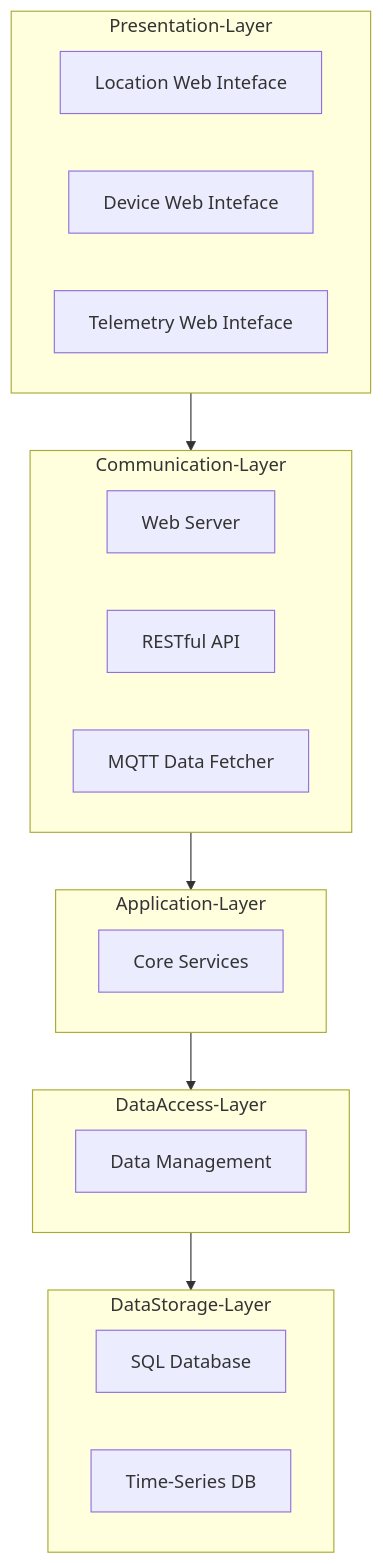
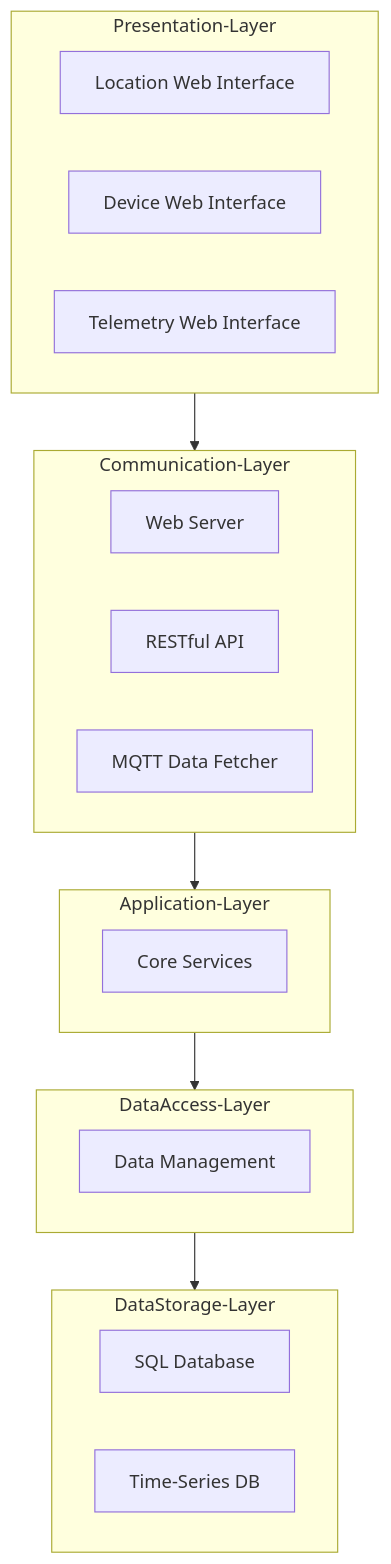
The first of 2 diagrams in README.md (Distributed-IoT-Software-Arch-Course/iot-monolithic-arch-playground), drawn with Mermaid before and after one commit.

Commit message:
Minor README changes

````diff
--- a/README.md
+++ b/README.md
@@ -17,32 +17,32 @@
 ```mermaid
 graph TD
   subgraph Presentation-Layer
-    A1[Location Web Inteface]
-    A2[Device Web Inteface]
-    A3[Telemetry Web Inteface]
+    A1[Location Web Interface]
+    A2[Device Web Interface]
+    A3[Telemetry Web Interface]
   end
   
   subgraph Communication-Layer
     B1[Web Server]
     B2[RESTful API]
     B3[MQTT Data Fetcher]
   end
   
   subgraph Application-Layer
     C1[Core Services]
   end
   
   subgraph DataAccess-Layer
     D2[Data Management]
   end
   
   subgraph DataStorage-Layer
     E1[SQL Database]
     E2[Time-Series DB]
   end
 
   Presentation-Layer --> Communication-Layer
   Communication-Layer --> Application-Layer
   Application-Layer --> DataAccess-Layer
   DataAccess-Layer --> DataStorage-Layer
 ```
````
